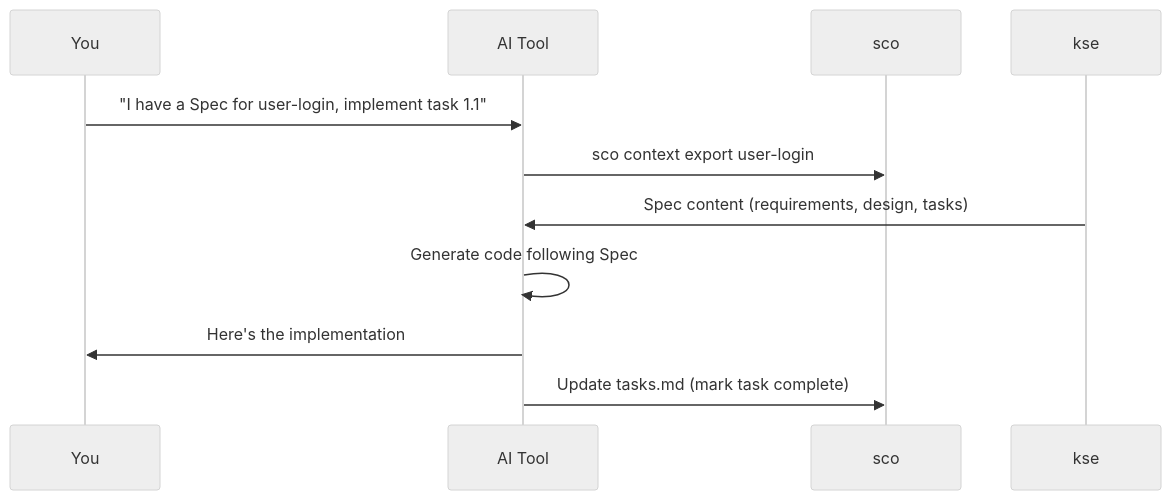
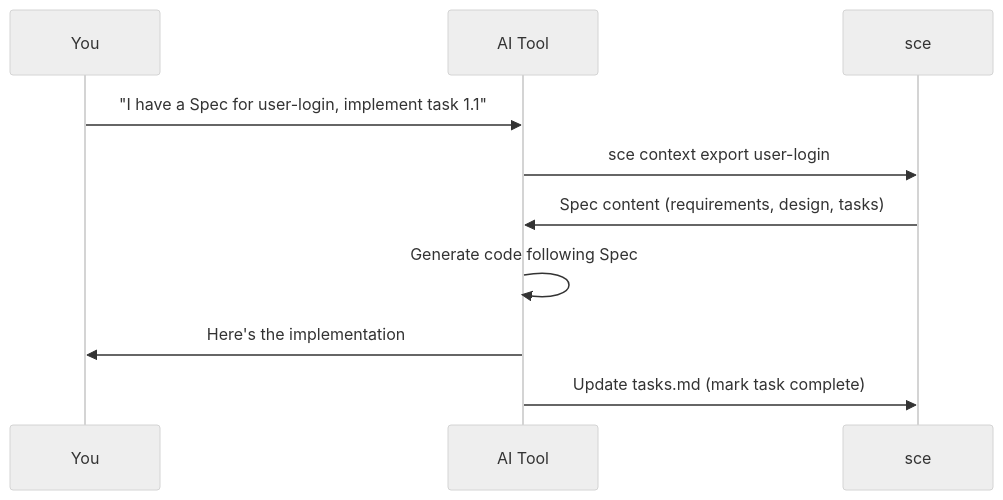
One commit to LuChangQiu/kiro-spec-engine changed the second of 2 diagrams in README.md. Above: the diagram before and after it, drawn with Mermaid (neutral theme). The commit also changed other lines of this file and 38 other files, not shown here.

````diff
--- a/README.md
+++ b/README.md
@@ -227,12 +227,12 @@
 ```mermaid
 sequenceDiagram
     participant You
     participant AI Tool
-    participant sco
+    participant sce
     You->>AI Tool: "I have a Spec for user-login, implement task 1.1"
-    AI Tool->>sco: sco context export user-login
-    kse->>AI Tool: Spec content (requirements, design, tasks)
+    AI Tool->>sce: sce context export user-login
+    sce->>AI Tool: Spec content (requirements, design, tasks)
     AI Tool->>AI Tool: Generate code following Spec
     AI Tool->>You: Here's the implementation
-    AI Tool->>sco: Update tasks.md (mark task complete)
+    AI Tool->>sce: Update tasks.md (mark task complete)
 ```
````
